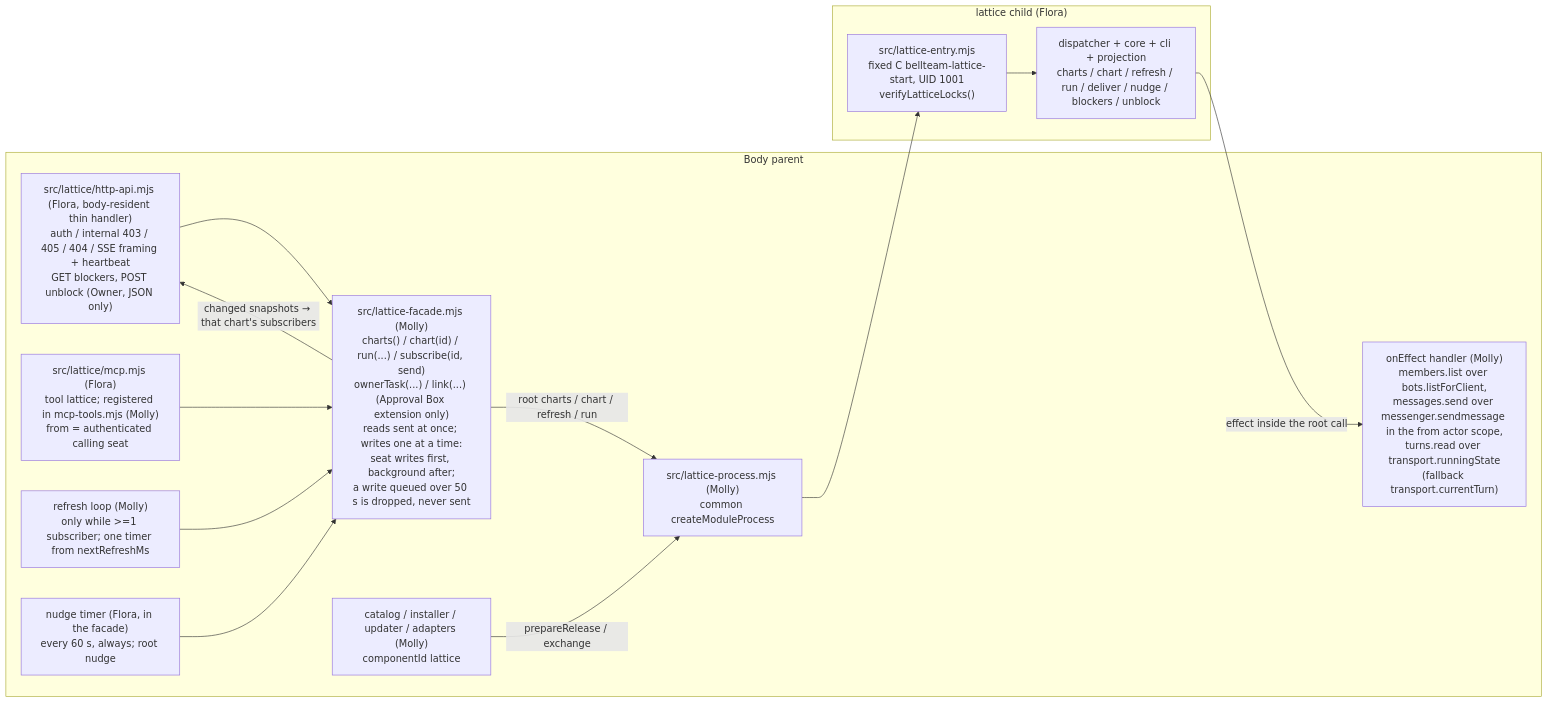
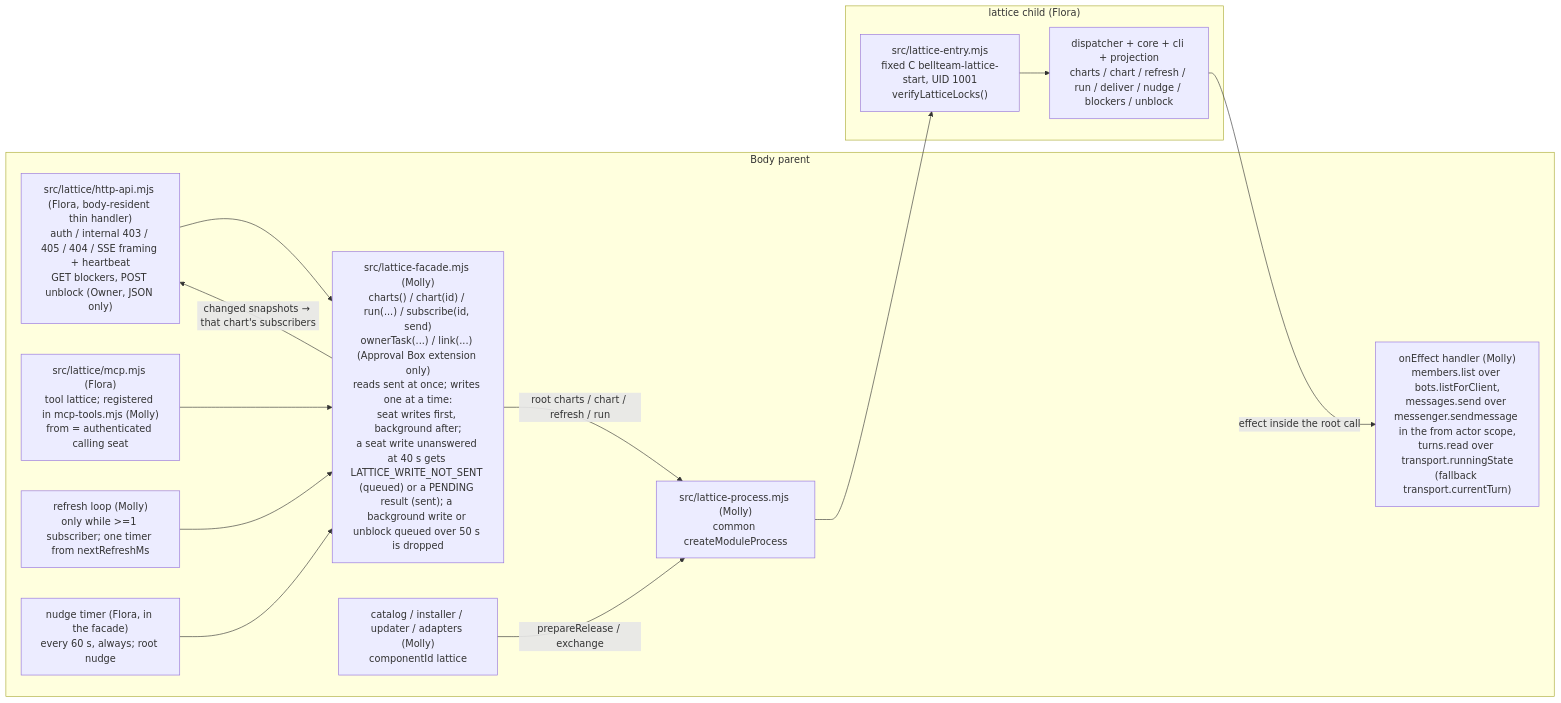
The diagram in docs/architecture/modules/runtime/lattice-child.md (kitepon/BellTeam), drawn with Mermaid before and after one commit. The commit also changed other lines of this file and 5 other files, not shown here.

First line of the commit message:
lattice: seat writes get a definite answer before the 60 s MCP abort (a162)

````diff
--- a/docs/architecture/modules/runtime/lattice-child.md
+++ b/docs/architecture/modules/runtime/lattice-child.md
@@ -7,26 +7,26 @@
 ```mermaid
 flowchart LR
   subgraph Parent["Body parent"]
     Route["src/lattice/http-api.mjs (Flora, body-resident thin handler)<br/>auth / internal 403 / 405 / 404 / SSE framing + heartbeat<br/>GET blockers, POST unblock (Owner, JSON only)"]
     Tool["src/lattice/mcp.mjs (Flora)<br/>tool lattice; registered in mcp-tools.mjs (Molly)<br/>from = authenticated calling seat"]
-    Facade["src/lattice-facade.mjs (Molly)<br/>charts() / chart(id) / run(...) / subscribe(id, send)<br/>ownerTask(...) / link(...) (Approval Box extension only)<br/>reads sent at once; writes one at a time:<br/>seat writes first, background after;<br/>a write queued over 50 s is dropped, never sent"]
+    Facade["src/lattice-facade.mjs (Molly)<br/>charts() / chart(id) / run(...) / subscribe(id, send)<br/>ownerTask(...) / link(...) (Approval Box extension only)<br/>reads sent at once; writes one at a time:<br/>seat writes first, background after;<br/>a seat write unanswered at 40 s gets LATTICE_WRITE_NOT_SENT (queued) or a PENDING result (sent); a background write or unblock queued over 50 s is dropped"]
     Loop["refresh loop (Molly)<br/>only while >=1 subscriber; one timer from nextRefreshMs"]
     Nudge["nudge timer (Flora, in the facade)<br/>every 60 s, always; root nudge"]
     Proc["src/lattice-process.mjs (Molly)<br/>common createModuleProcess"]
     Ports["onEffect handler (Molly)<br/>members.list over bots.listForClient,<br/>messages.send over messenger.sendmessage in the from actor scope,<br/>turns.read over transport.runningState<br/>(fallback transport.currentTurn)"]
     Update["catalog / installer / updater / adapters (Molly)<br/>componentId lattice"]
   end
   subgraph Child["lattice child (Flora)"]
     Entry["src/lattice-entry.mjs<br/>fixed C bellteam-lattice-start, UID 1001<br/>verifyLatticeLocks()"]
     Disp["dispatcher + core + cli + projection<br/>charts / chart / refresh / run / deliver / nudge / blockers / unblock"]
   end
   Route --> Facade
   Tool --> Facade
   Loop --> Facade
   Nudge --> Facade
   Facade -->|"root charts / chart / refresh / run"| Proc
   Proc --> Entry --> Disp
   Disp -->|"effect inside the root call"| Ports
   Facade -->|"changed snapshots → that chart's subscribers"| Route
   Update -->|"prepareRelease / exchange"| Proc
 ```
````
